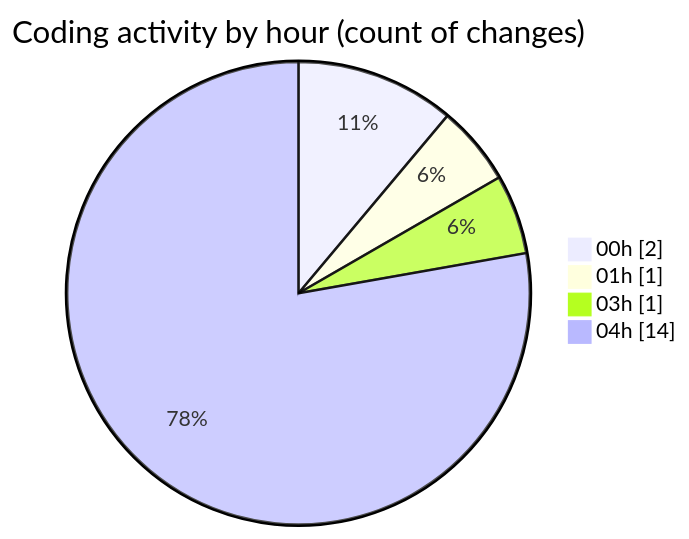
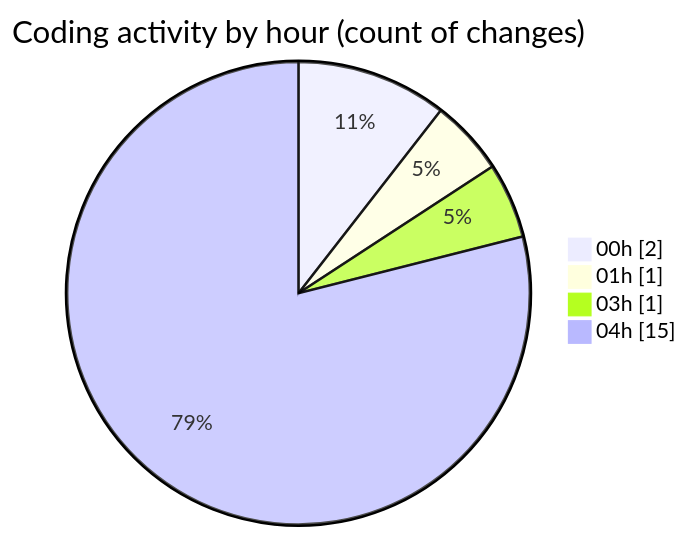
One commit to julien-gomy/code-tracking changed the second of 2 diagrams in 2025-11-14/eventscop-api-guide__workspace_/README.md. Above: the diagram before and after it, drawn with Mermaid. The commit also changed other lines of this file and 1 other file, not shown here.

````diff
--- a/2025-11-14/eventscop-api-guide__workspace_/README.md
+++ b/2025-11-14/eventscop-api-guide__workspace_/README.md
@@ -33,8 +33,8 @@
 ```mermaid
 pie showData
 title Coding activity by hour (count of changes)
 "00h" : 2
 "01h" : 1
 "03h" : 1
-"04h" : 14
+"04h" : 15
 ```
````
